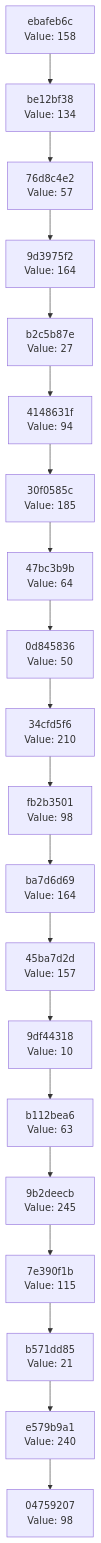
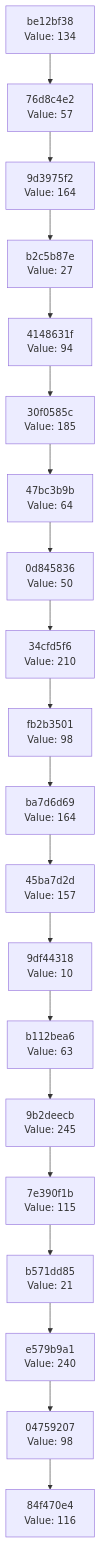
Before and after one commit to Abhisheksinha1506/hash-chain-evolver: the diagram in docs/CHAIN_VISUALIZATION.md, drawn with Mermaid. The commit also changed 3 other files, not shown here.

````diff
--- a/docs/CHAIN_VISUALIZATION.md
+++ b/docs/CHAIN_VISUALIZATION.md
@@ -3,42 +3,42 @@
 ```mermaid
 graph TD
-    C0["04759207<br/>Value: 98"]
-    C1["e579b9a1<br/>Value: 240"]
+    C0["84f470e4<br/>Value: 116"]
+    C1["04759207<br/>Value: 98"]
     C1 --> C0
-    C2["b571dd85<br/>Value: 21"]
+    C2["e579b9a1<br/>Value: 240"]
     C2 --> C1
-    C3["7e390f1b<br/>Value: 115"]
+    C3["b571dd85<br/>Value: 21"]
     C3 --> C2
-    C4["9b2deecb<br/>Value: 245"]
+    C4["7e390f1b<br/>Value: 115"]
     C4 --> C3
-    C5["b112bea6<br/>Value: 63"]
+    C5["9b2deecb<br/>Value: 245"]
     C5 --> C4
-    C6["9df44318<br/>Value: 10"]
+    C6["b112bea6<br/>Value: 63"]
     C6 --> C5
-    C7["45ba7d2d<br/>Value: 157"]
+    C7["9df44318<br/>Value: 10"]
     C7 --> C6
-    C8["ba7d6d69<br/>Value: 164"]
+    C8["45ba7d2d<br/>Value: 157"]
     C8 --> C7
-    C9["fb2b3501<br/>Value: 98"]
+    C9["ba7d6d69<br/>Value: 164"]
     C9 --> C8
-    C10["34cfd5f6<br/>Value: 210"]
+    C10["fb2b3501<br/>Value: 98"]
     C10 --> C9
-    C11["0d845836<br/>Value: 50"]
+    C11["34cfd5f6<br/>Value: 210"]
     C11 --> C10
-    C12["47bc3b9b<br/>Value: 64"]
+    C12["0d845836<br/>Value: 50"]
     C12 --> C11
-    C13["30f0585c<br/>Value: 185"]
+    C13["47bc3b9b<br/>Value: 64"]
     C13 --> C12
-    C14["4148631f<br/>Value: 94"]
+    C14["30f0585c<br/>Value: 185"]
     C14 --> C13
-    C15["b2c5b87e<br/>Value: 27"]
+    C15["4148631f<br/>Value: 94"]
     C15 --> C14
-    C16["9d3975f2<br/>Value: 164"]
+    C16["b2c5b87e<br/>Value: 27"]
     C16 --> C15
-    C17["76d8c4e2<br/>Value: 57"]
+    C17["9d3975f2<br/>Value: 164"]
     C17 --> C16
-    C18["be12bf38<br/>Value: 134"]
+    C18["76d8c4e2<br/>Value: 57"]
     C18 --> C17
-    C19["ebafeb6c<br/>Value: 158"]
+    C19["be12bf38<br/>Value: 134"]
     C19 --> C18
 ```
````
